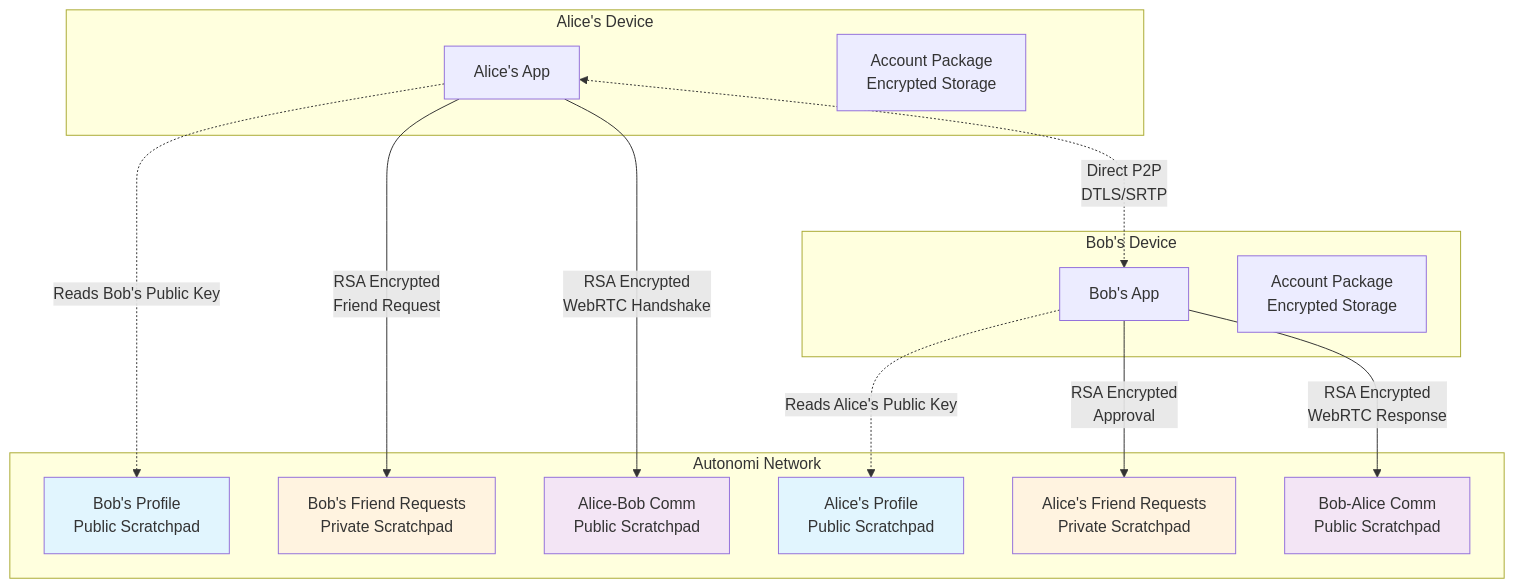
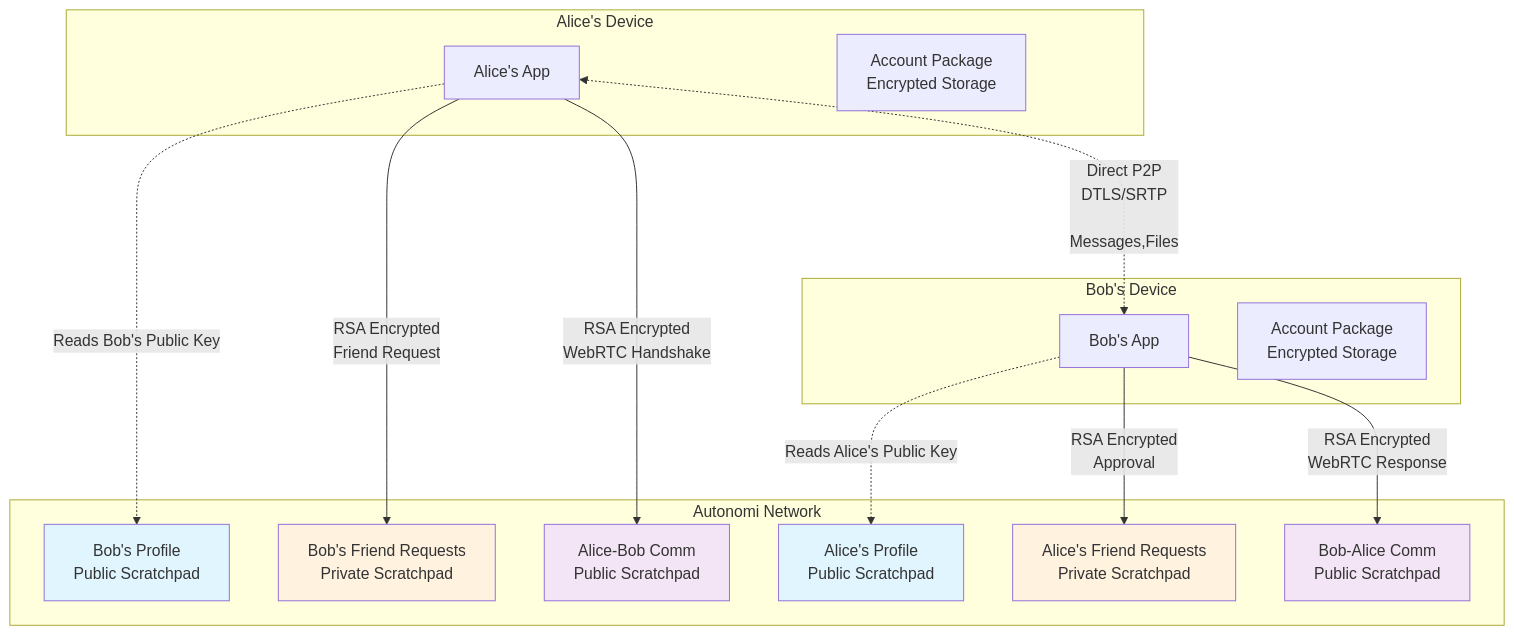
Before and after one commit to rid-dim/friends: the fourth of 4 diagrams in README.md, drawn with Mermaid. The commit also changed other lines of this file, not shown here.

Commit message:
README.md aktualisiert

````diff
--- a/README.md
+++ b/README.md
@@ -235,38 +235,38 @@
 ```mermaid
 graph TB
     subgraph "Alice's Device"
         A1[Alice's App]
         A3[Account Package<br/>Encrypted Storage]
     end
     
     subgraph "Autonomi Network"
         AN1[Alice's Profile<br/>Public Scratchpad]
         AN2[Alice's Friend Requests<br/>Private Scratchpad]
         AN3[Alice-Bob Comm<br/>Public Scratchpad]
         AN4[Bob's Profile<br/>Public Scratchpad]
         AN5[Bob's Friend Requests<br/>Private Scratchpad]
         AN6[Bob-Alice Comm<br/>Public Scratchpad]
     end
     
     subgraph "Bob's Device"
         B1[Bob's App]
         B3[Account Package<br/>Encrypted Storage]
     end
     
     A1 -.->|"Reads Bob's Public Key"| AN4
     A1 -->|"RSA Encrypted<br/>Friend Request"| AN5
     B1 -.->|"Reads Alice's Public Key"| AN1
     B1 -->|"RSA Encrypted<br/>Approval"| AN2
     
     A1 -->|"RSA Encrypted<br/>WebRTC Handshake"| AN3
     B1 -->|"RSA Encrypted<br/>WebRTC Response"| AN6
     
-    A1 <-.->|"Direct P2P<br/>DTLS/SRTP"| B1
+    A1 <-.->|"Direct P2P<br/>DTLS/SRTP<br><br>Messages,Files"| B1
         
     style AN1 fill:#e1f5fe
     style AN2 fill:#fff3e0
     style AN3 fill:#f3e5f5
     style AN4 fill:#e1f5fe
     style AN5 fill:#fff3e0
     style AN6 fill:#f3e5f5
 ```
````
